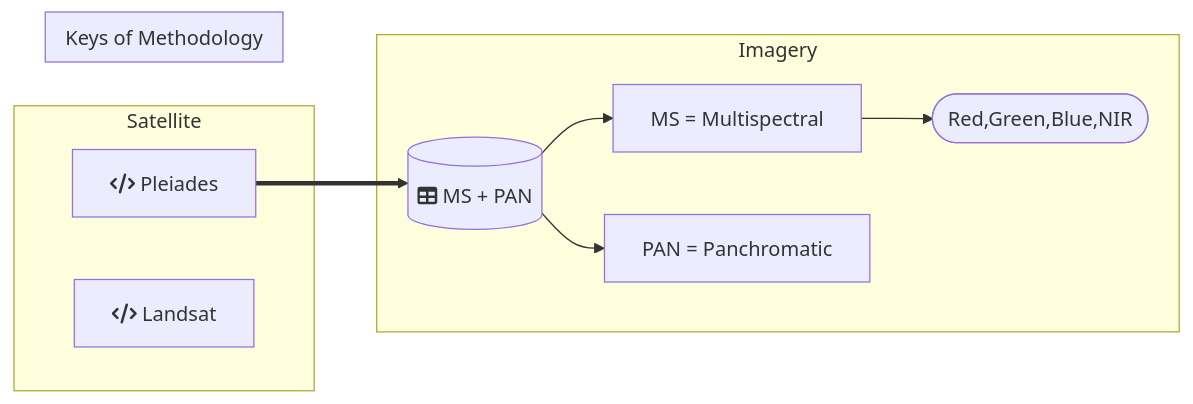
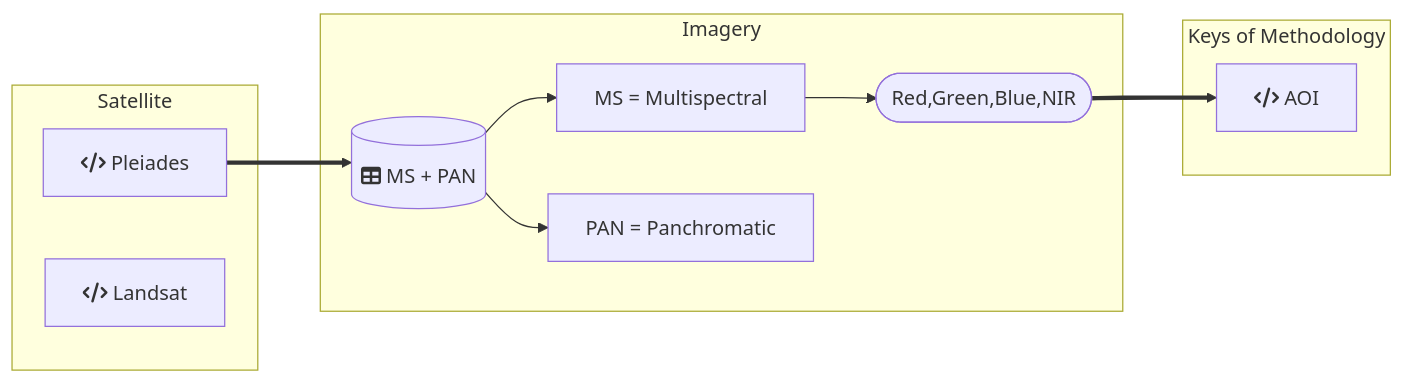
Before and after one commit to DippoldEJ/Satellite-Datasets: the third of 3 diagrams in README.md, drawn with Mermaid.

````diff
--- a/README.md
+++ b/README.md
@@ -32,25 +32,25 @@
 ```mermaid
 flowchart LR;
 
 subgraph Satellite
     s[fa:fa-code Pleiades]
     a[fa:fa-code Landsat]
     end
 
  subgraph Imagery
         db[(fa:fa-table MS + PAN)]
         m[MS = Multispectral]
         p[PAN = Panchromatic]
         b([Red,Green,Blue,NIR])
     end
 
 subgraph Keys of Methodology
-
+    c[fa:fa-code AOI]
     end
 
     s==>db
     db-->m
     db-->p
     m-->b
-
+    b==>c
 ```
````
